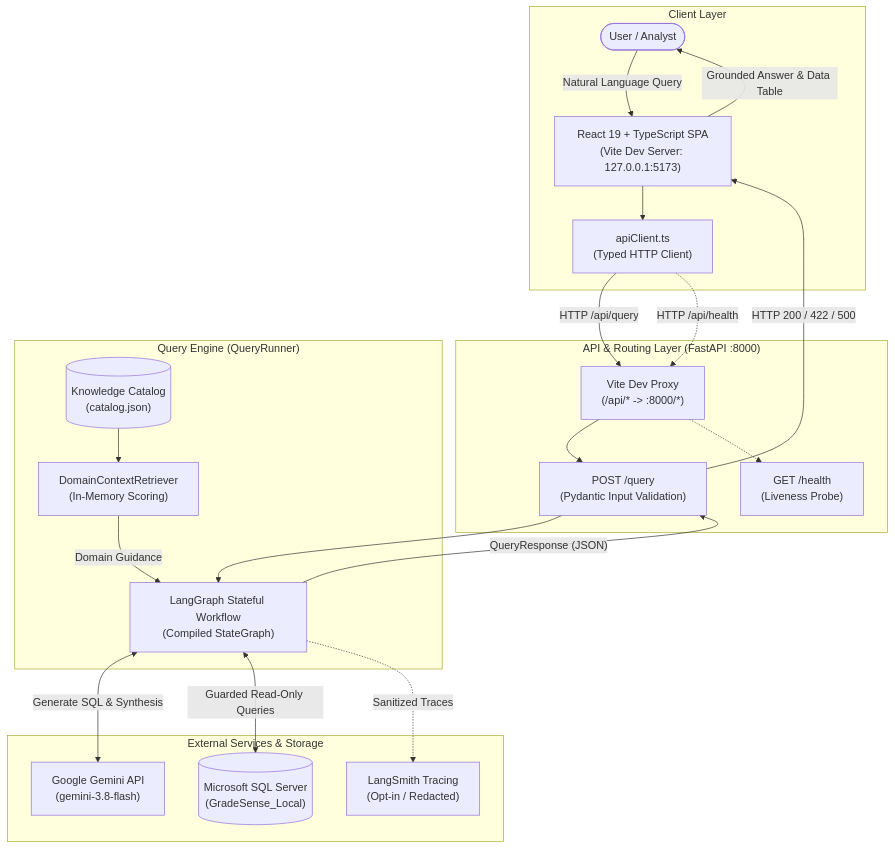
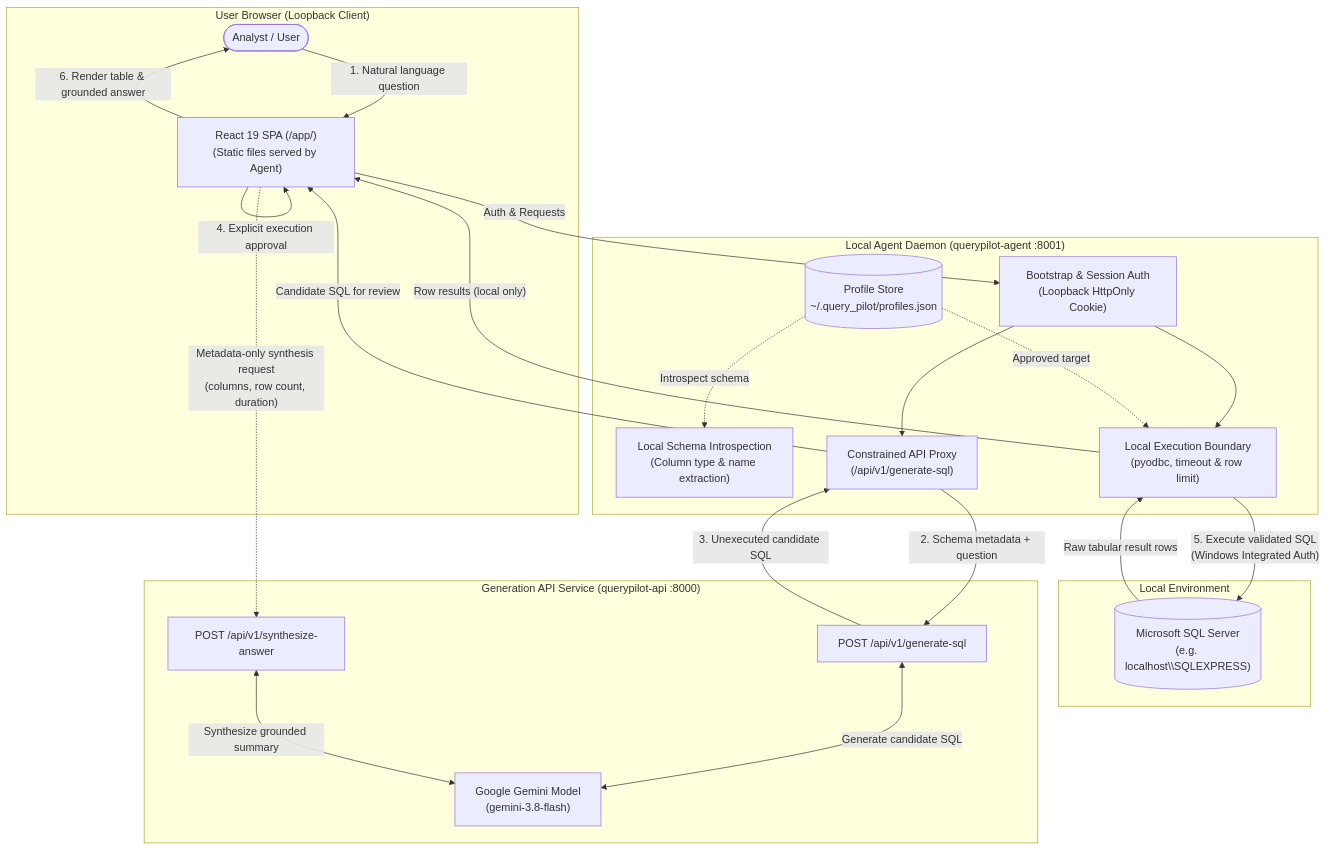
One commit to Yash-Kakadiya/query-pilot changed the diagram in README.md. Above: the diagram before and after it, drawn with Mermaid. The commit also changed other lines of this file and 84 other files, not shown here.

````diff
--- a/README.md
+++ b/README.md
@@ -21,42 +24,45 @@
 ```mermaid
 flowchart TD
-    subgraph Client ["Client Layer"]
-        User(["User / Analyst"])
-        UI["React 19 + TypeScript SPA\n(Vite Dev Server: 127.0.0.1:5173)"]
-        ClientService["apiClient.ts\n(Typed HTTP Client)"]
-        User -->|"Natural Language Query"| UI
-        UI --> ClientService
+    subgraph Browser ["User Browser (Loopback Client)"]
+        User(["Analyst / User"])
+        UI["React 19 SPA (/app/)\n(Static files served by Agent)"]
+        User -->|"1. Natural language question"| UI
+        UI -->|"4. Explicit execution approval"| UI
+        UI -->|"6. Render table & grounded answer"| User
     end
 
-    subgraph API ["API & Routing Layer (FastAPI :8000)"]
-        Proxy["Vite Dev Proxy\n(/api/* -> :8000/*)"]
-        FastAPIEndpoint["POST /query\n(Pydantic Input Validation)"]
-        HealthEndpoint["GET /health\n(Liveness Probe)"]
-        ClientService -->|"HTTP /api/query"| Proxy
-        Proxy --> FastAPIEndpoint
-        ClientService -.->|"HTTP /api/health"| Proxy
-        Proxy -.-> HealthEndpoint
+    subgraph AgentDaemon ["Local Agent Daemon (querypilot-agent :8001)"]
+        AuthGate["Bootstrap & Session Auth\n(Loopback HttpOnly Cookie)"]
+        ProfileStore[("Profile Store\n~/.query_pilot/profiles.json")]
+        Introspector["Local Schema Introspection\n(Column type & name extraction)"]
+        ExecBoundary["Local Execution Boundary\n(pyodbc, timeout & row limit)"]
+        ProxyRouter["Constrained API Proxy\n(/api/v1/generate-sql)"]
+
+        UI -->|"Auth & Requests"| AuthGate
+        AuthGate --> ProxyRouter
+        AuthGate --> ExecBoundary
+        ProfileStore -.->|"Approved target"| ExecBoundary
+        ProfileStore -.->|"Introspect schema"| Introspector
     end
 
-    subgraph Engine ["Query Engine (QueryRunner)"]
-        Graph["LangGraph Stateful Workflow\n(Compiled StateGraph)"]
-        Catalog[("Knowledge Catalog\n(catalog.json)")]
-        Retriever["DomainContextRetriever\n(In-Memory Scoring)"]
-        FastAPIEndpoint --> Graph
-        Catalog --> Retriever
-        Retriever -->|"Domain Guidance"| Graph
+    subgraph LocalDB ["Local Environment"]
+        MSSQL[("Microsoft SQL Server\n(e.g. localhost\\SQLEXPRESS)")]
+        ExecBoundary -->|"5. Execute validated SQL\n(Windows Integrated Auth)"| MSSQL
+        MSSQL -->|"Raw tabular result rows"| ExecBoundary
+        ExecBoundary -->|"Row results (local only)"| UI
     end
 
-    subgraph External ["External Services & Storage"]
-        Gemini["Google Gemini API\n(gemini-3.8-flash)"]
-        MSSQL[("Microsoft SQL Server\n(GradeSense_Local)")]
-        LangSmith["LangSmith Tracing\n(Opt-in / Redacted)"]
-        Graph <-->|"Generate SQL & Synthesis"| Gemini
-        Graph <-->|"Guarded Read-Only Queries"| MSSQL
-        Graph -.->|"Sanitized Traces"| LangSmith
+    subgraph HostedAPI ["Generation API Service (querypilot-api :8000)"]
+        APIRoute["POST /api/v1/generate-sql"]
+        SynthRoute["POST /api/v1/synthesize-answer"]
+        Gemini["Google Gemini Model\n(gemini-3.8-flash)"]
+
+        ProxyRouter -->|"2. Schema metadata + question"| APIRoute
+        APIRoute <-->|"Generate candidate SQL"| Gemini
+        APIRoute -->|"3. Unexecuted candidate SQL"| ProxyRouter
+        ProxyRouter -->|"Candidate SQL for review"| UI
+
+        UI -.->|"Metadata-only synthesis request\n(columns, row count, duration)"| SynthRoute
+        SynthRoute <-->|"Synthesize grounded summary"| Gemini
     end
-
-    Graph -->|"QueryResponse (JSON)"| FastAPIEndpoint
-    FastAPIEndpoint -->|"HTTP 200 / 422 / 500"| UI
-    UI -->|"Grounded Answer & Data Table"| User
 ```
````
